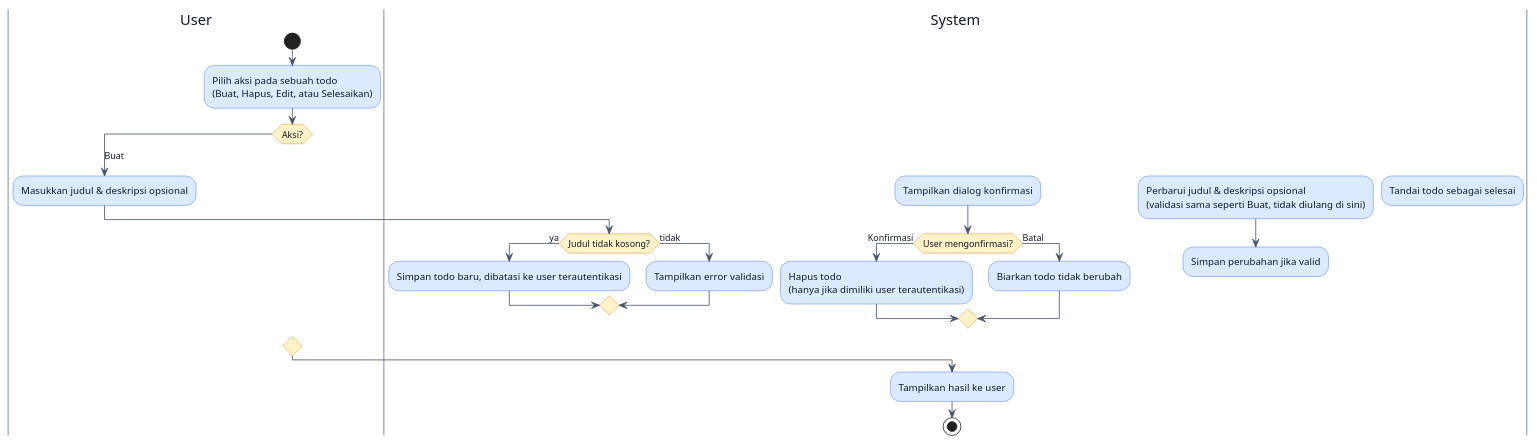
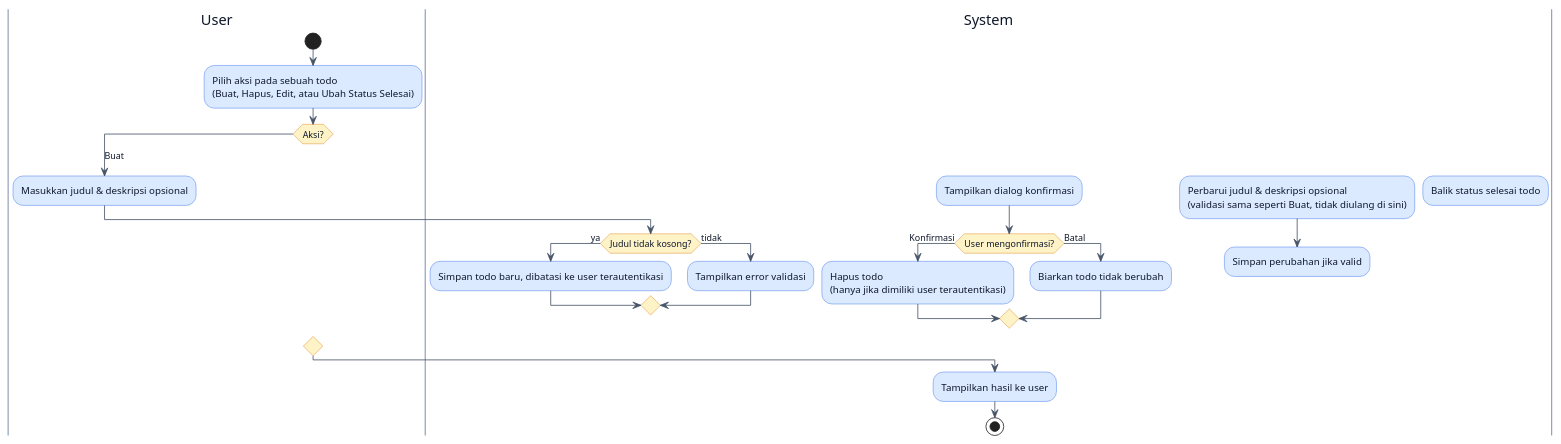
The tenth of 14 diagrams in src/content/blog/skripsi-series-part-4-analisis-dan-perancangan.md (se-polinema/se-polinema.github.io), drawn with PlantUML before and after one commit. The commit also changed other lines of this file and 6 other files, not shown here.

First line of the commit message:
Fix Todo case study: complete-only action becomes a real toggle

````diff
--- a/src/content/blog/skripsi-series-part-4-analisis-dan-perancangan.md
+++ b/src/content/blog/skripsi-series-part-4-analisis-dan-perancangan.md
@@ -670,53 +670,53 @@
 ```plantuml
 @startuml
 skinparam backgroundColor #FFFFFF
 skinparam swimlane {
   BorderColor #94a3b8
   TitleFontColor #0f172a
 }
 skinparam activity {
   BackgroundColor #dbeafe
   BorderColor #2563eb
   FontColor #0f172a
   DiamondBackgroundColor #fef3c7
   DiamondBorderColor #d97706
 }
 skinparam arrow {
   Color #475569
   FontColor #0f172a
 }
 
 |User|
 start
-:Pilih aksi pada sebuah todo\n(Buat, Hapus, Edit, atau Selesaikan);
+:Pilih aksi pada sebuah todo\n(Buat, Hapus, Edit, atau Ubah Status Selesai);
 
 switch (Aksi?)
 case (Buat)
   :Masukkan judul & deskripsi opsional;
   |System|
   if (Judul tidak kosong?) then (ya)
     :Simpan todo baru, dibatasi ke user terautentikasi;
   else (tidak)
     :Tampilkan error validasi;
   endif
 case (Hapus)
   |System|
   :Tampilkan dialog konfirmasi;
   if (User mengonfirmasi?) then (Konfirmasi)
     :Hapus todo\n(hanya jika dimiliki user terautentikasi);
   else (Batal)
     :Biarkan todo tidak berubah;
   endif
 case (Edit)
   :Perbarui judul & deskripsi opsional\n(validasi sama seperti Buat, tidak diulang di sini);
   |System|
   :Simpan perubahan jika valid;
-case (Selesaikan)
+case (Ubah Status Selesai)
   |System|
-  :Tandai todo sebagai selesai;
+  :Balik status selesai todo;
 endswitch
 
 :Tampilkan hasil ke user;
 stop
 @enduml
 ```
````
